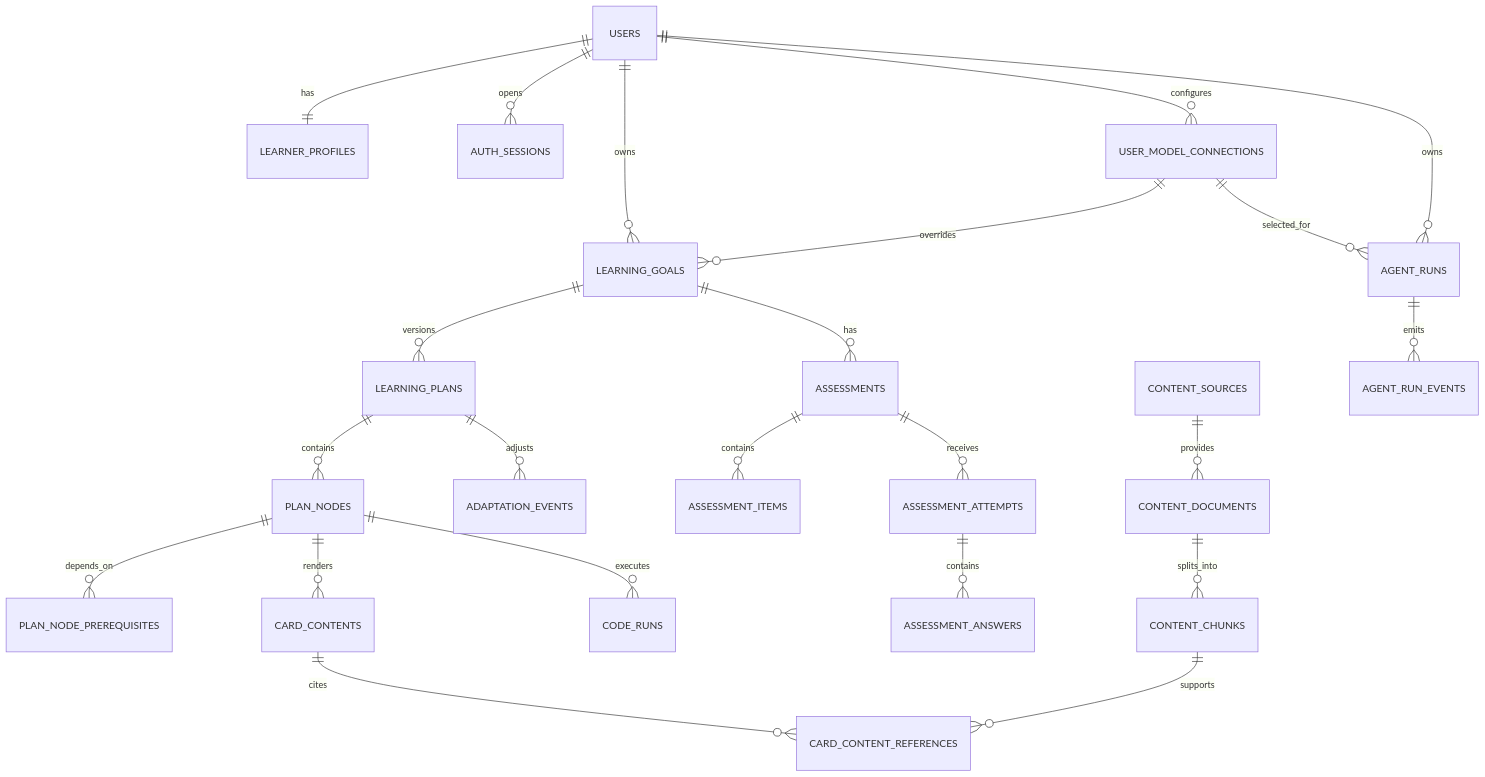
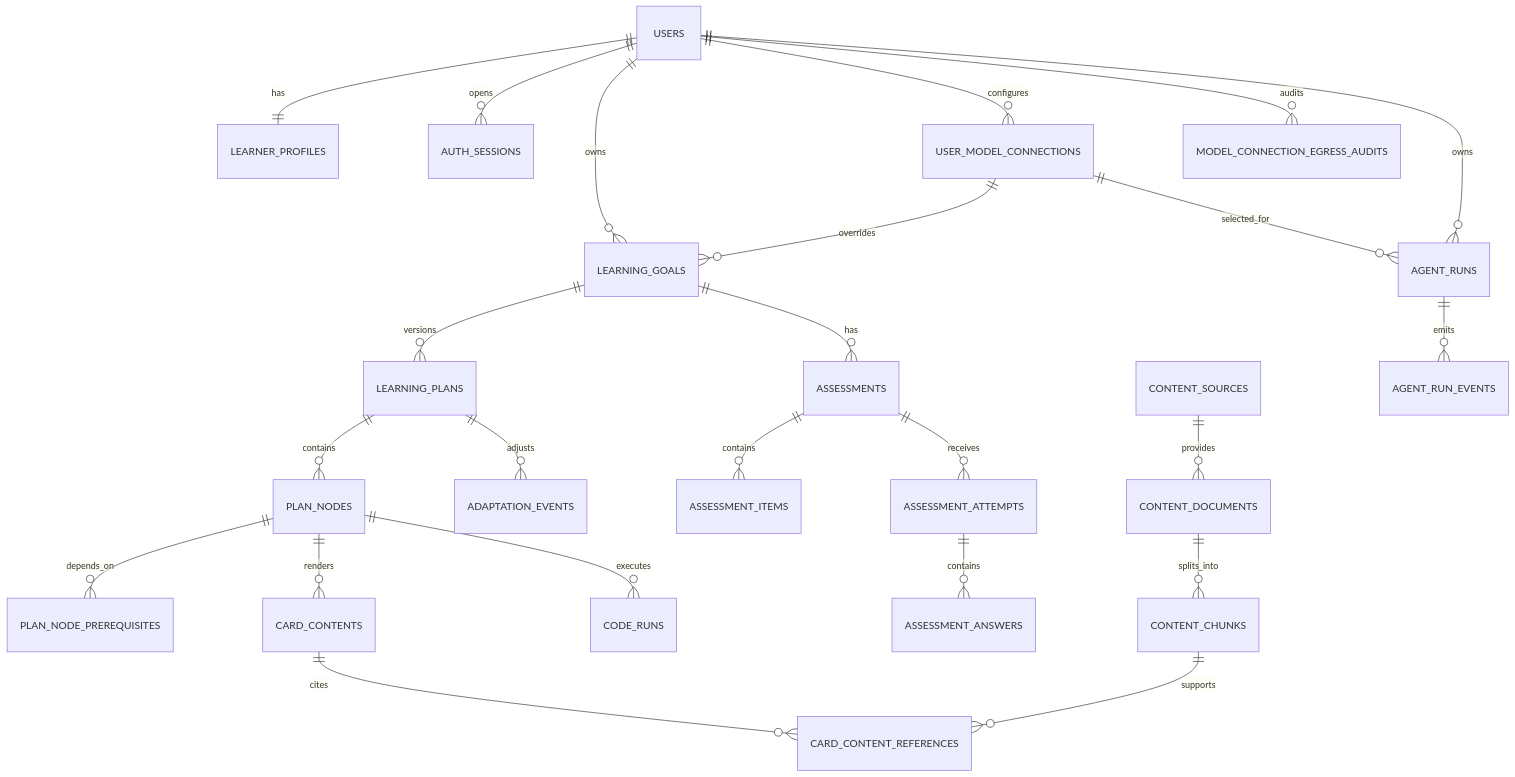
Before and after one commit to litieshan2331/LearnCraft: the first of 5 diagrams in docs/04-MVP-P0实施需求与开发指南.md, drawn with Mermaid. The commit also changed other lines of this file and 57 other files, not shown here.

````diff
--- a/docs/04-MVP-P0实施需求与开发指南.md
+++ b/docs/04-MVP-P0实施需求与开发指南.md
@@ -232,25 +232,26 @@
 ```mermaid
 erDiagram
     USERS ||--|| LEARNER_PROFILES : has
     USERS ||--o{ AUTH_SESSIONS : opens
     USERS ||--o{ LEARNING_GOALS : owns
     USERS ||--o{ USER_MODEL_CONNECTIONS : configures
+    USERS ||--o{ MODEL_CONNECTION_EGRESS_AUDITS : audits
     USER_MODEL_CONNECTIONS ||--o{ LEARNING_GOALS : overrides
     LEARNING_GOALS ||--o{ LEARNING_PLANS : versions
     LEARNING_PLANS ||--o{ PLAN_NODES : contains
     PLAN_NODES ||--o{ PLAN_NODE_PREREQUISITES : depends_on
     LEARNING_GOALS ||--o{ ASSESSMENTS : has
     ASSESSMENTS ||--o{ ASSESSMENT_ITEMS : contains
     ASSESSMENTS ||--o{ ASSESSMENT_ATTEMPTS : receives
     ASSESSMENT_ATTEMPTS ||--o{ ASSESSMENT_ANSWERS : contains
     PLAN_NODES ||--o{ CARD_CONTENTS : renders
     CARD_CONTENTS ||--o{ CARD_CONTENT_REFERENCES : cites
     CONTENT_SOURCES ||--o{ CONTENT_DOCUMENTS : provides
     CONTENT_DOCUMENTS ||--o{ CONTENT_CHUNKS : splits_into
     CONTENT_CHUNKS ||--o{ CARD_CONTENT_REFERENCES : supports
     PLAN_NODES ||--o{ CODE_RUNS : executes
     LEARNING_PLANS ||--o{ ADAPTATION_EVENTS : adjusts
     USERS ||--o{ AGENT_RUNS : owns
     USER_MODEL_CONNECTIONS ||--o{ AGENT_RUNS : selected_for
     AGENT_RUNS ||--o{ AGENT_RUN_EVENTS : emits
 ```
````
